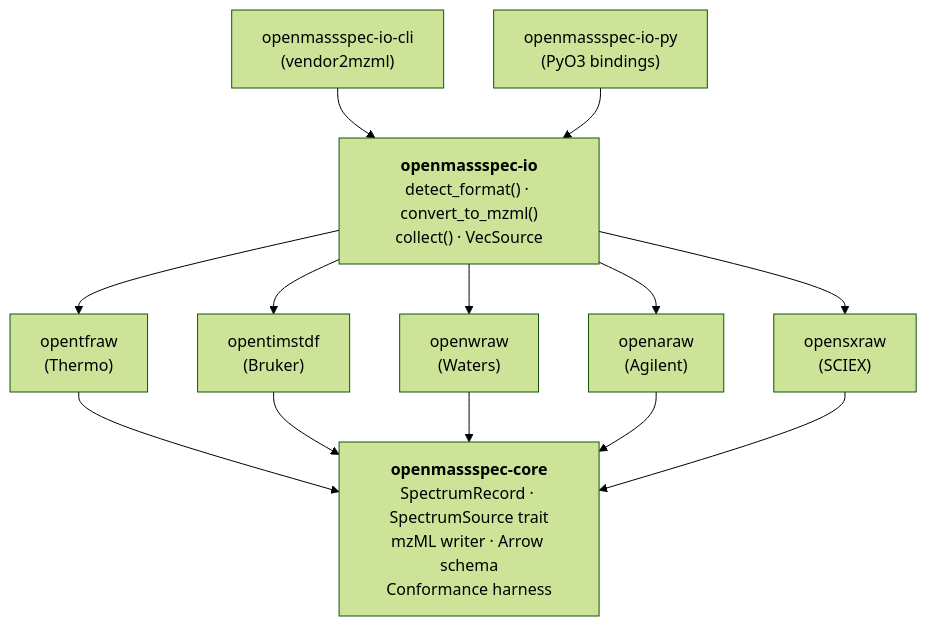
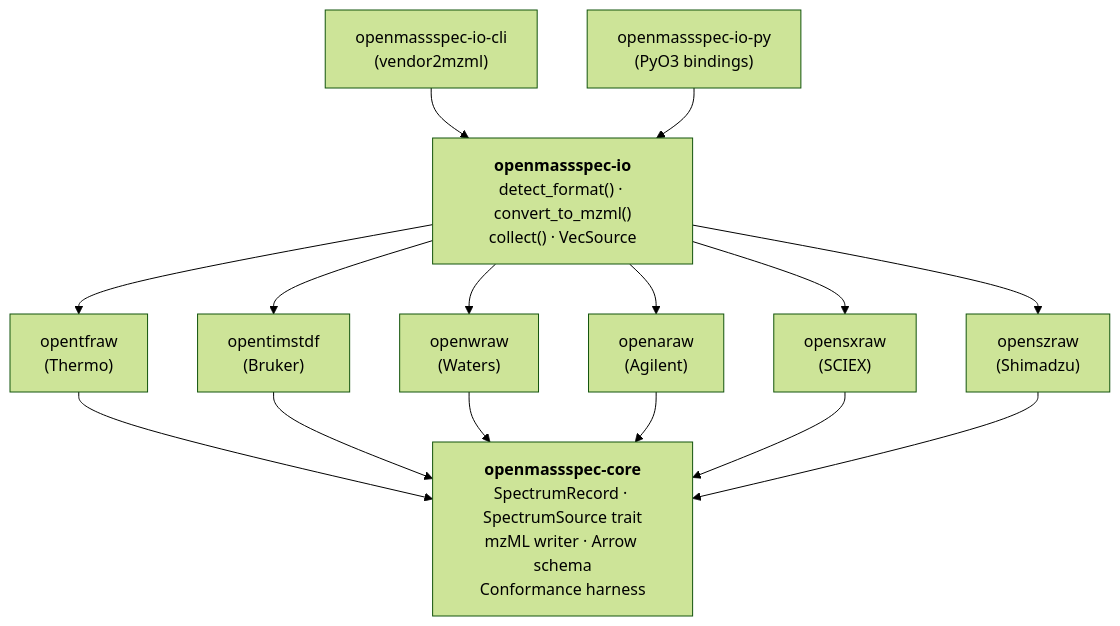
Before and after one commit to Sigilweaver/OpenProteo: the diagram in docs/docs/design-architecture.md, drawn with Mermaid (forest theme). The commit also changed other lines of this file and 24 other files, not shown here.

````diff
--- a/docs/docs/design-architecture.md
+++ b/docs/docs/design-architecture.md
@@ -3,20 +3,22 @@
 ```mermaid
 graph TD
     core["<b>openmassspec-core</b><br/>SpectrumRecord · SpectrumSource trait<br/>mzML writer · Arrow schema<br/>Conformance harness"]
 
     tfraw["opentfraw<br/>(Thermo)"] --> core
     tdf["opentimstdf<br/>(Bruker)"] --> core
     wraw["openwraw<br/>(Waters)"] --> core
     araw["openaraw<br/>(Agilent)"] --> core
     sxraw["opensxraw<br/>(SCIEX)"] --> core
+    szraw["openszraw<br/>(Shimadzu)"] --> core
 
     io["<b>openmassspec-io</b><br/>detect_format() · convert_to_mzml()<br/>collect() · VecSource"]
     io --> tfraw
     io --> tdf
     io --> wraw
     io --> araw
     io --> sxraw
+    io --> szraw
 
     cli["openmassspec-io-cli<br/>(vendor2mzml)"] --> io
     py["openmassspec-io-py<br/>(PyO3 bindings)"] --> io
 ```
````
